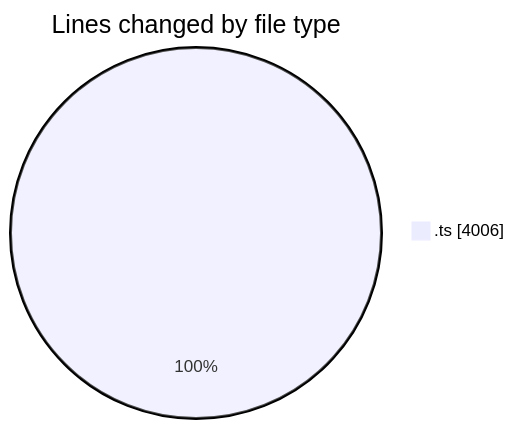
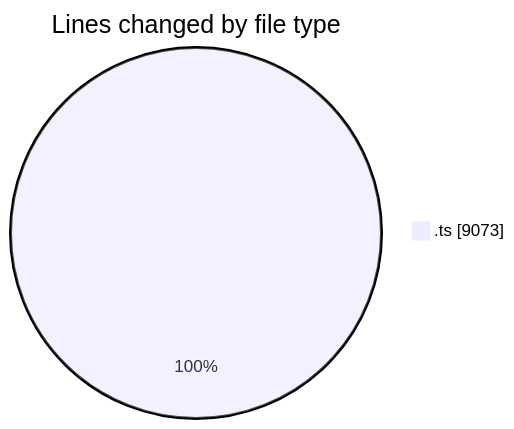
The first of 2 diagrams in 2026-02-09/singularitybrainai/README.md (tmsrecording-cyber/code-tracking), drawn with Mermaid before and after one commit. The commit also changed other lines of this file and 1 other file, not shown here.

````diff
--- a/2026-02-09/singularitybrainai/README.md
+++ b/2026-02-09/singularitybrainai/README.md
@@ -31,5 +34,5 @@
 ```mermaid
 pie showData
 title Lines changed by file type
-".ts" : 4006
+".ts" : 9073
 ```
````
